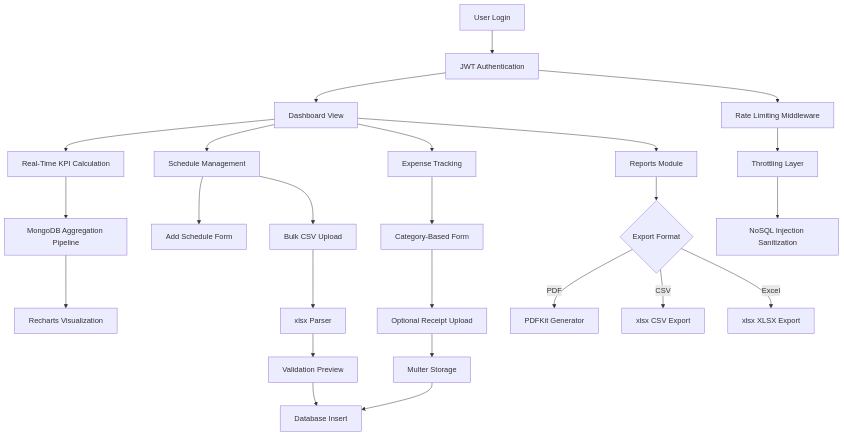
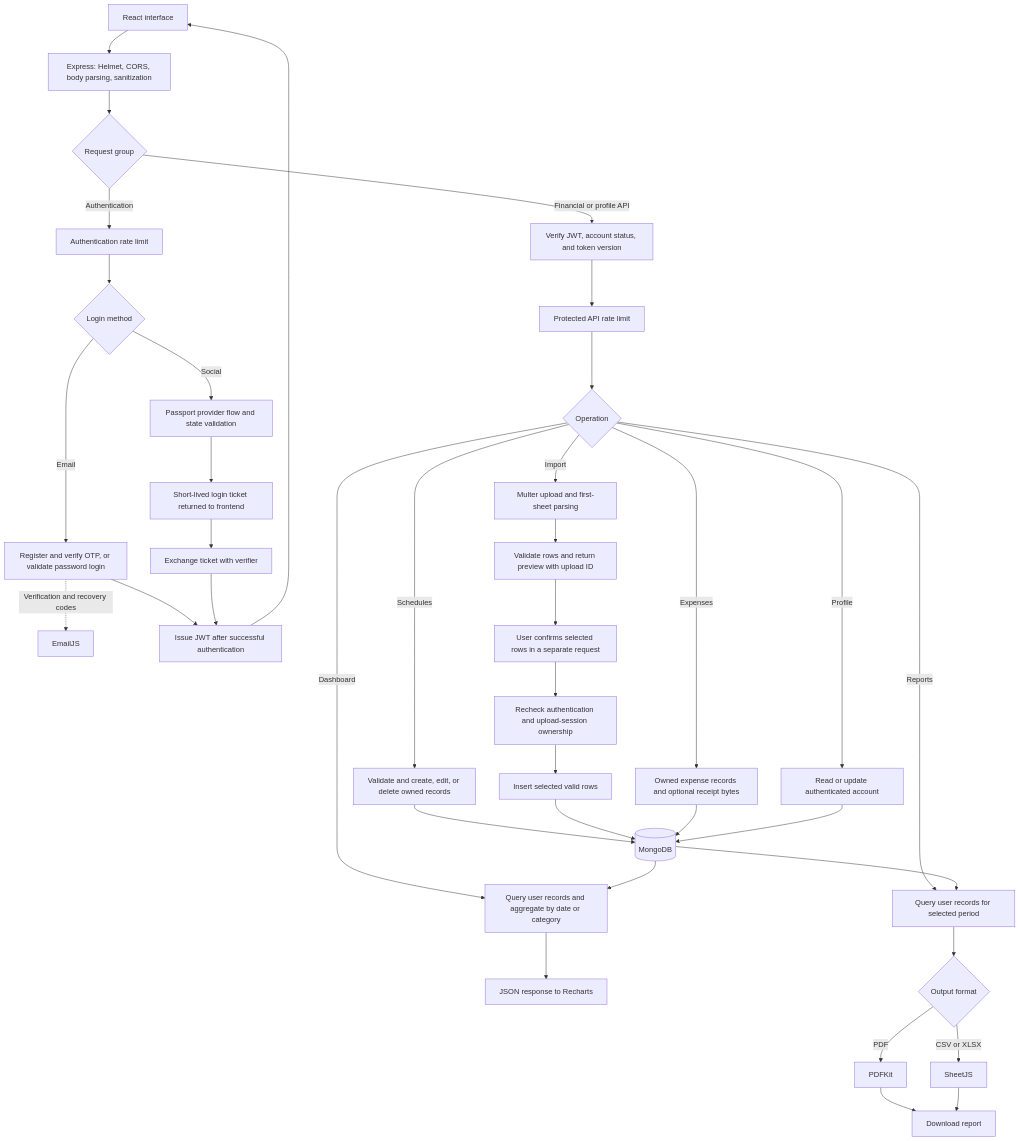
One commit to sriram629/Finance-Manager changed the diagram in README.md. Above: the diagram before and after it, drawn with Mermaid. The commit also changed other lines of this file and 3 other files, not shown here.

Commit message:
docs: align finance README and architecture with current implementation

````diff
--- a/README.md
+++ b/README.md
@@ -91,32 +97,40 @@
 ```mermaid
-graph TD
-    A[User Login] --> B[JWT Authentication]
-    B --> C[Dashboard View]
-    
-    C --> D[Real-Time KPI Calculation]
-    D --> E[MongoDB Aggregation Pipeline]
-    E --> F[Recharts Visualization]
-    
-    C --> G[Schedule Management]
-    G --> H[Add Schedule Form]
-    G --> I[Bulk CSV Upload]
-    I --> J[xlsx Parser]
-    J --> K[Validation Preview]
-    K --> L[Database Insert]
-    
-    C --> M[Expense Tracking]
-    M --> N[Category-Based Form]
-    N --> O[Optional Receipt Upload]
-    O --> P[Multer Storage]
-    P --> L
-    
-    C --> Q[Reports Module]
-    Q --> R{Export Format}
-    R -- PDF --> S[PDFKit Generator]
-    R -- CSV --> T[xlsx CSV Export]
-    R -- Excel --> U[xlsx XLSX Export]
-    
-    B --> V[Rate Limiting Middleware]
-    V --> W[Throttling Layer]
-    W --> X[NoSQL Injection Sanitization]
+flowchart TD
+    A["React interface"] --> B["Express: Helmet, CORS, body parsing, sanitization"]
+    B --> C{"Request group"}
+    C -- Authentication --> D["Authentication rate limit"]
+    D --> E{"Login method"}
+    E -- Email --> F["Register and verify OTP, or validate password login"]
+    F -. "Verification and recovery codes" .-> EM["EmailJS"]
+    E -- Social --> G["Passport provider flow and state validation"]
+    G --> H["Short-lived login ticket returned to frontend"]
+    H --> I["Exchange ticket with verifier"]
+    F --> J["Issue JWT after successful authentication"]
+    I --> J
+    J --> A
+    C -- Financial or profile API --> K["Verify JWT, account status, and token version"]
+    K --> L["Protected API rate limit"]
+    L --> M{"Operation"}
+    M -- Schedules --> N["Validate and create, edit, or delete owned records"]
+    M -- Import --> O["Multer upload and first-sheet parsing"]
+    O --> P["Validate rows and return preview with upload ID"]
+    P --> Q["User confirms selected rows in a separate request"]
+    Q --> R["Recheck authentication and upload-session ownership"]
+    R --> S["Insert selected valid rows"]
+    N --> DB[("MongoDB")]
+    S --> DB
+    M -- Expenses --> T["Owned expense records and optional receipt bytes"]
+    T --> DB
+    M -- Dashboard --> U["Query user records and aggregate by date or category"]
+    DB --> U
+    U --> V["JSON response to Recharts"]
+    M -- Profile --> PR["Read or update authenticated account"]
+    PR --> DB
+    M -- Reports --> W["Query user records for selected period"]
+    DB --> W
+    W --> X{"Output format"}
+    X -- PDF --> Y["PDFKit"]
+    X -- CSV or XLSX --> Z["SheetJS"]
+    Y --> DL["Download report"]
+    Z --> DL
 ```
````
